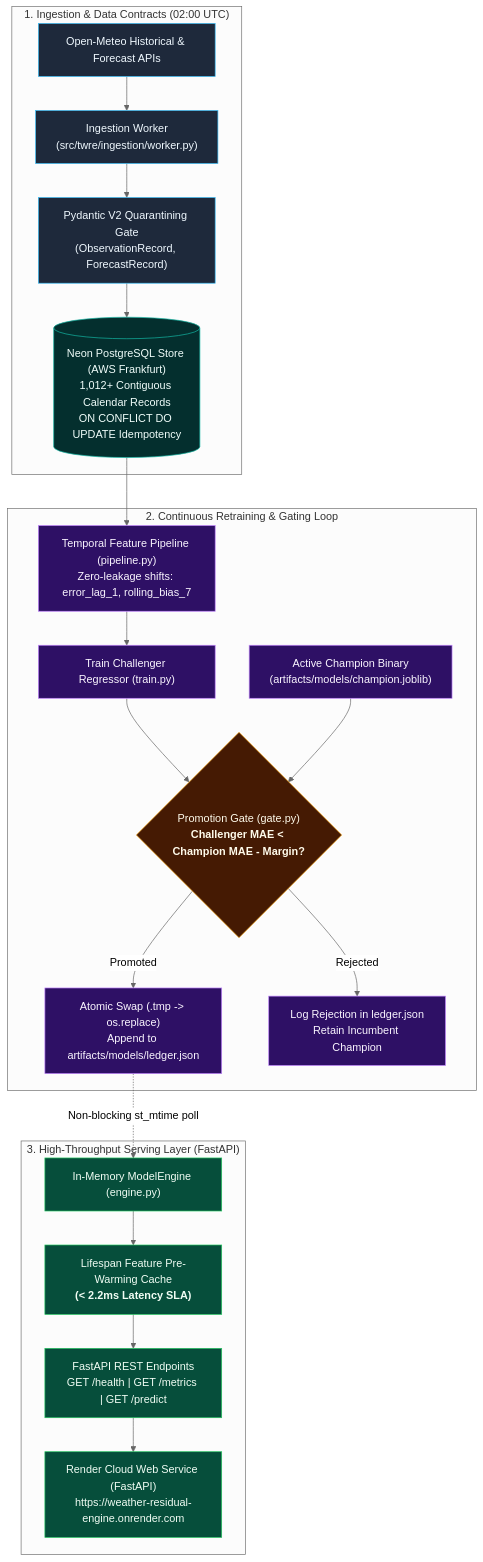
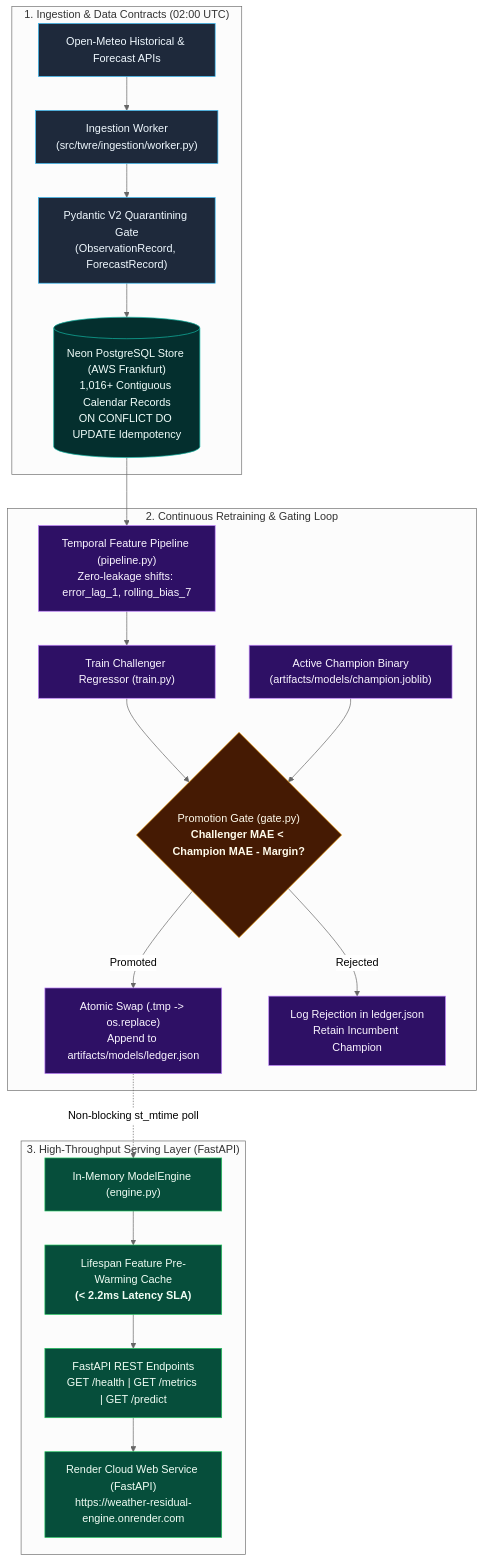
The diagram in README.md (vxqzn/weather-residual-engine), drawn with Mermaid (neutral theme) before and after one commit. The commit also changed other lines of this file and 1 other file, not shown here.

Commit message:
chore: docs sync, minor misc research file bug

````diff
--- a/README.md
+++ b/README.md
@@ -33,31 +33,31 @@
 ```mermaid
 flowchart TD
     classDef ext fill:#1e293b,stroke:#38bdf8,stroke-width:1px,color:#f0f9ff;
     classDef db fill:#042f2e,stroke:#14b8a6,stroke-width:1px,color:#f0fdfa;
     classDef ml fill:#2e1065,stroke:#c084fc,stroke-width:1px,color:#faf5ff;
     classDef gate fill:#451a03,stroke:#f59e0b,stroke-width:1px,color:#fffbeb;
     classDef srv fill:#064e3b,stroke:#22c55e,stroke-width:1px,color:#f0fdf4;
 
     subgraph Ingestion["1. Ingestion & Data Contracts (02:00 UTC)"]
         OM["Open-Meteo Historical & Forecast APIs"]:::ext --> Worker["Ingestion Worker<br/>(src/twre/ingestion/worker.py)"]:::ext
         Worker --> Pydantic["Pydantic V2 Quarantining Gate<br/>(ObservationRecord, ForecastRecord)"]:::ext
-        Pydantic --> DB[("Neon PostgreSQL Store (AWS Frankfurt)<br/>1,012+ Contiguous Calendar Records<br/>ON CONFLICT DO UPDATE Idempotency")]:::db
+        Pydantic --> DB[("Neon PostgreSQL Store (AWS Frankfurt)<br/>1,016+ Contiguous Calendar Records<br/>ON CONFLICT DO UPDATE Idempotency")]:::db
     end
 
     subgraph MLOps["2. Continuous Retraining & Gating Loop"]
         DB --> FeatStore["Temporal Feature Pipeline (pipeline.py)<br/>Zero-leakage shifts: error_lag_1, rolling_bias_7"]:::ml
         Challenger["Train Challenger Regressor (train.py)"]:::ml
         FeatStore --> Challenger
         Challenger --> Gate{"Promotion Gate (gate.py)<br/><b>Challenger MAE < Champion MAE - Margin?</b>"}:::gate
         Champion["Active Champion Binary<br/>(artifacts/models/champion.joblib)"]:::ml --> Gate
         Gate -- Promoted --> Atomic["Atomic Swap (.tmp -> os.replace)<br/>Append to artifacts/models/ledger.json"]:::ml
         Gate -- Rejected --> LogRejection["Log Rejection in ledger.json<br/>Retain Incumbent Champion"]:::ml
     end
 
     subgraph Serving["3. High-Throughput Serving Layer (FastAPI)"]
         Atomic -. Non-blocking st_mtime poll .-> ModelEngine["In-Memory ModelEngine (engine.py)"]:::srv
         ModelEngine --> Cache["Lifespan Feature Pre-Warming Cache<br/><b>(&lt; 2.2ms Latency SLA)</b>"]:::srv
         Cache --> Endpoints["FastAPI REST Endpoints<br/>GET /health | GET /metrics | GET /predict"]:::srv
         Endpoints --> Render["Render Cloud Web Service (FastAPI)<br/>https://weather-residual-engine.onrender.com"]:::srv
     end
 ```
````
